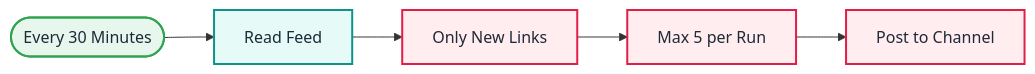
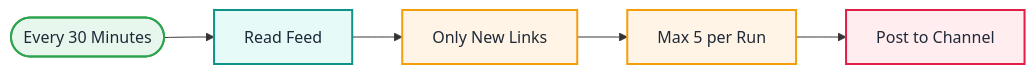
One commit to callme-siva/n8n-knowledge changed the diagram in workflows/Q08-rss-to-telegram-dedupe/README.md. Above: the diagram before and after it, drawn with Mermaid. The commit also changed 27 other files, not shown here.

````diff
--- a/workflows/Q08-rss-to-telegram-dedupe/README.md
+++ b/workflows/Q08-rss-to-telegram-dedupe/README.md
@@ -23,20 +23,20 @@
 ```mermaid
 flowchart LR
   n0(["Every 30 Minutes"]):::trigger
   n1["Read Feed"]:::http
-  n2["Only New Links"]:::msg
-  n3["Max 5 per Run"]:::msg
+  n2["Only New Links"]:::logic
+  n3["Max 5 per Run"]:::logic
   n4["Post to Channel"]:::msg
   n0 --> n1
   n1 --> n2
   n2 --> n3
   n3 --> n4
   classDef trigger fill:#E8F7EE,stroke:#2EA44F,stroke-width:2px,color:#1F2937
   classDef ai fill:#F1EBFF,stroke:#7C3AED,stroke-width:2px,color:#1F2937
   classDef sub fill:#F7F3FF,stroke:#A78BFA,stroke-width:2px,color:#1F2937
   classDef logic fill:#FFF4E5,stroke:#F59E0B,stroke-width:2px,color:#1F2937
   classDef code fill:#EEF2F7,stroke:#64748B,stroke-width:2px,color:#1F2937
   classDef data fill:#EAF3FF,stroke:#2563EB,stroke-width:2px,color:#1F2937
   classDef http fill:#E6FAF8,stroke:#0D9488,stroke-width:2px,color:#1F2937
   classDef msg fill:#FFEDEF,stroke:#E11D48,stroke-width:2px,color:#1F2937
 ```
````
